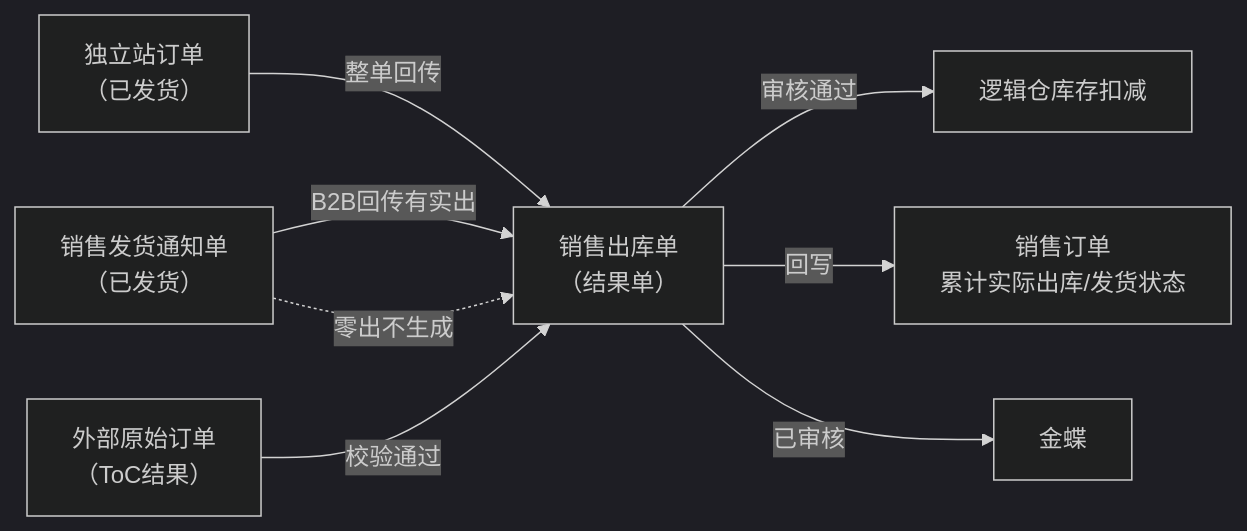
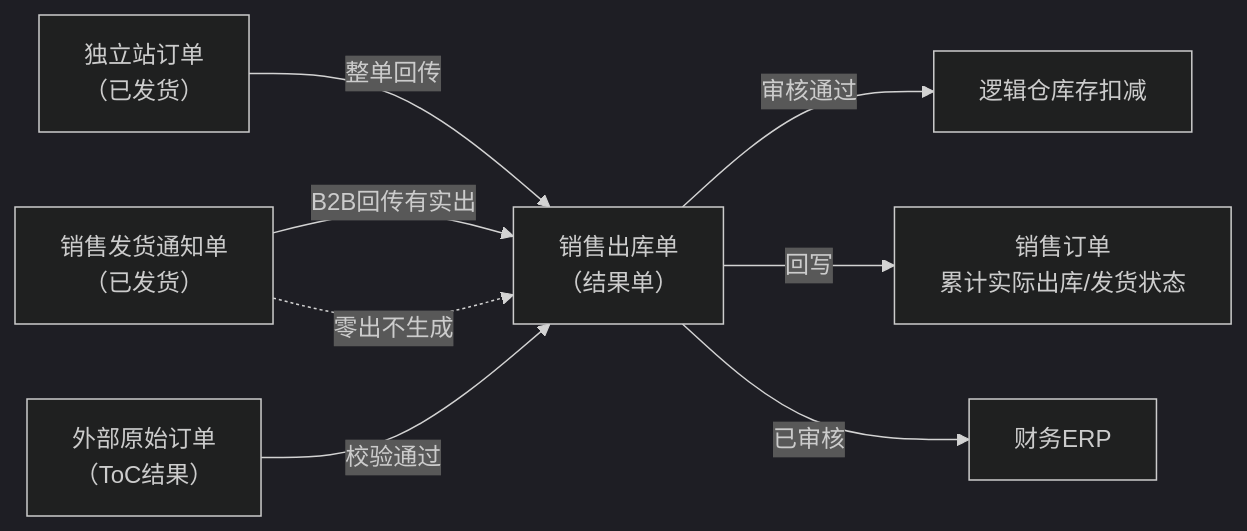
The first of 3 diagrams in 04-产品设计方案/20260812-ERP项目第一版框架搭建/需求文档PRD/3-销售管理/销售出库单/销售出库单主PRD.md (TopVitamin/QS-ERP-Project), drawn with Mermaid (dark theme) before and after one commit. The commit also changed other lines of this file and 354 other files, not shown here.

````diff
--- a/04-产品设计方案/20260812-ERP项目第一版框架搭建/需求文档PRD/3-销售管理/销售出库单/销售出库单主PRD.md
+++ b/04-产品设计方案/20260812-ERP项目第一版框架搭建/需求文档PRD/3-销售管理/销售出库单/销售出库单主PRD.md
@@ -109,10 +110,10 @@
 ```mermaid
 flowchart LR
     A["销售发货通知单<br/>（已发货）"] -->|"B2B回传有实出"| B["销售出库单<br/>（结果单）"]
     C["独立站订单<br/>（已发货）"] -->|"整单回传"| B
     D["外部原始订单<br/>（ToC结果）"] -->|"校验通过"| B
     B -->|"审核通过"| E["逻辑仓库存扣减"]
     B -->|"回写"| F["销售订单<br/>累计实际出库/发货状态"]
-    B -->|"已审核"| G["金蝶"]
+    B -->|"已审核"| G["财务ERP"]
     A -.->|"零出不生成"| B
 ```
````
